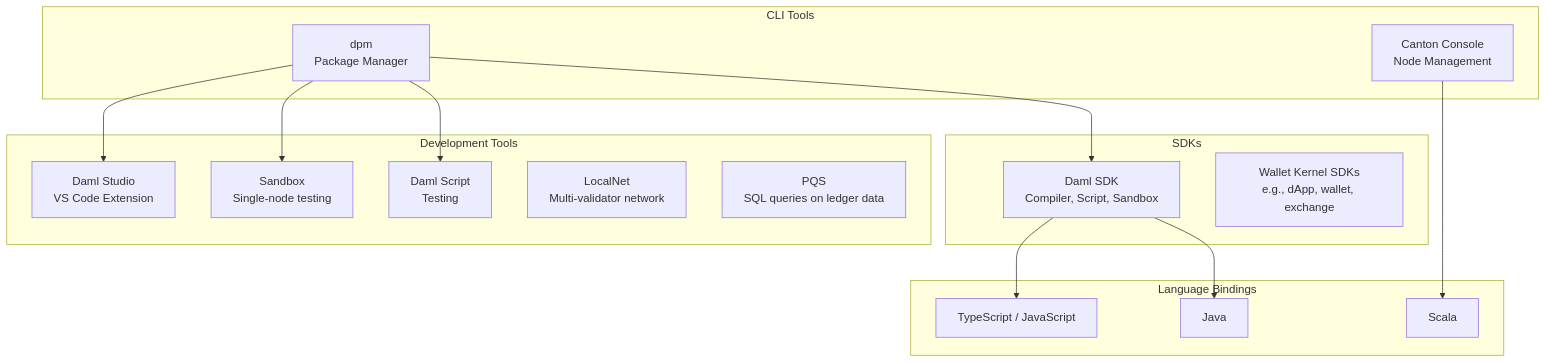
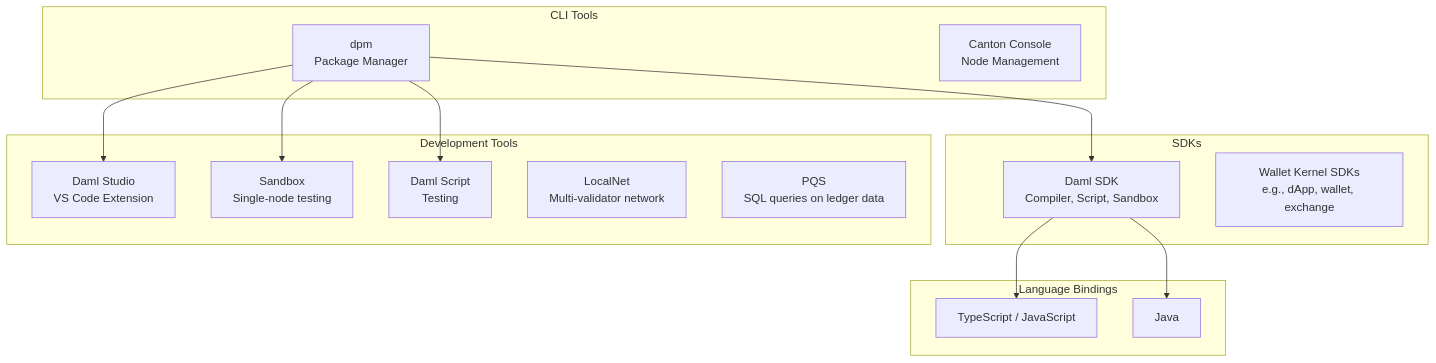
Before and after one commit to canton-network/cf-docs: the diagram in docs-main/sdks-tools/overview.mdx, drawn with Mermaid. The commit also changed other lines of this file and 4735 other files, not shown here.

````diff
--- a/docs-main/sdks-tools/overview.mdx
+++ b/docs-main/sdks-tools/overview.mdx
@@ -10,34 +10,32 @@
 ```mermaid
 flowchart TB
     subgraph SDKs[SDKs]
         DAMLSDK[Daml SDK<br>Compiler, Script, Sandbox]
         EXCHSDK[Wallet Kernel SDKs<br>e.g., dApp, wallet, exchange]
     end
 
     subgraph CLI[CLI Tools]
         DPM[dpm<br>Package Manager]
         CONSOLE[Canton Console<br>Node Management]
     end
 
     subgraph DevTools[Development Tools]
         STUDIO[Daml Studio<br>VS Code Extension]
         SANDBOX[Sandbox<br>Single-node testing]
         SCRIPT[Daml Script<br>Testing]
         LOCALNET[LocalNet<br>Multi-validator network]
         PQS[PQS<br>SQL queries on ledger data]
     end
 
     subgraph Bindings[Language Bindings]
         TS[TypeScript / JavaScript]
         JAVA[Java]
-        SCALA[Scala]
     end
 
     DPM --> DAMLSDK
     DPM --> SANDBOX
     DPM --> STUDIO
     DPM --> SCRIPT
     DAMLSDK --> TS
     DAMLSDK --> JAVA
-    CONSOLE --> SCALA
 ```
````
